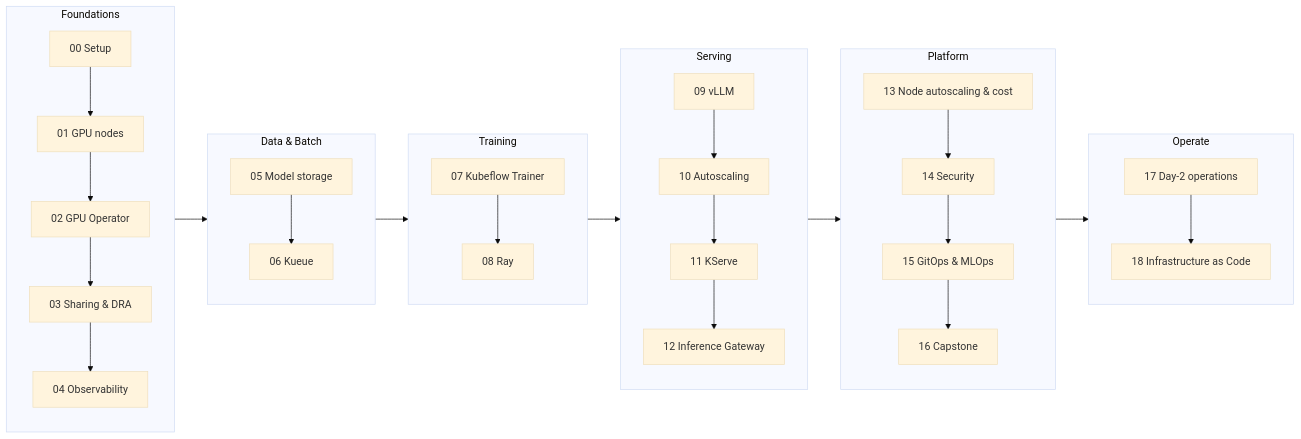
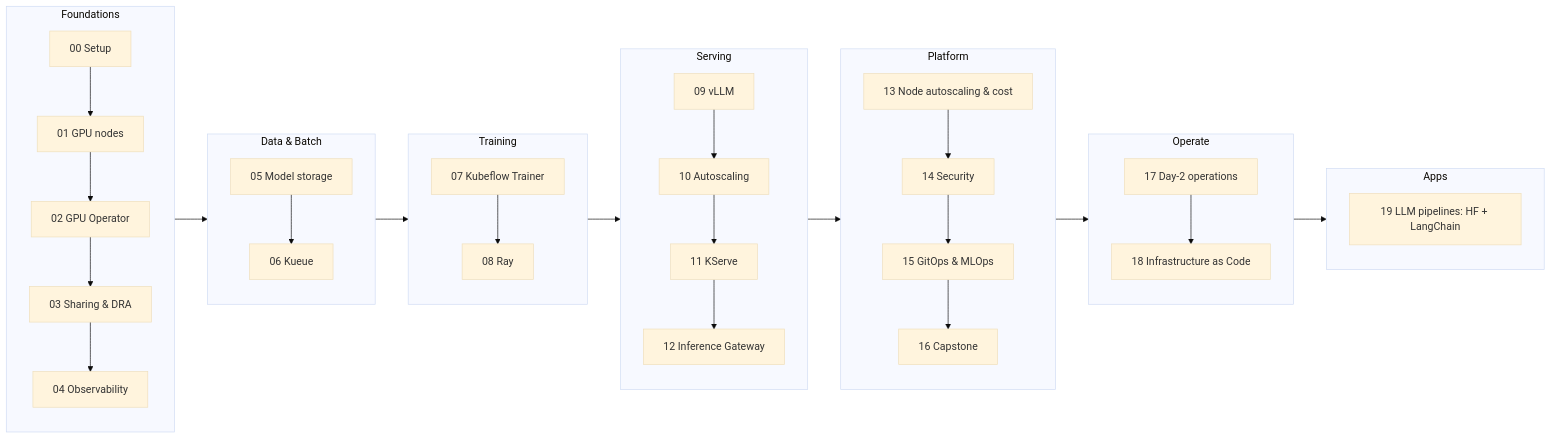
Before and after one commit to GitOpsHub/kubernetes-ai-infrastructure: the diagram in README.md, drawn with Mermaid (base theme). The commit also changed other lines of this file and 105 other files, not shown here.

First line of the commit message:
Add EKS and GKE configurations for chapter 19 LLM pipelines

````diff
--- a/README.md
+++ b/README.md
@@ -33,22 +35,25 @@
 ```mermaid
 flowchart LR
   subgraph F[Foundations]
     C00[00 Setup] --> C01[01 GPU nodes] --> C02[02 GPU Operator] --> C03[03 Sharing & DRA] --> C04[04 Observability]
   end
   subgraph D[Data & Batch]
     C05[05 Model storage] --> C06[06 Kueue]
   end
   subgraph T[Training]
     C07[07 Kubeflow Trainer] --> C08[08 Ray]
   end
   subgraph S[Serving]
     C09[09 vLLM] --> C10[10 Autoscaling] --> C11[11 KServe] --> C12[12 Inference Gateway]
   end
   subgraph P[Platform]
     C13[13 Node autoscaling & cost] --> C14[14 Security] --> C15[15 GitOps & MLOps] --> C16[16 Capstone]
   end
   subgraph O[Operate]
     C17[17 Day-2 operations] --> C18[18 Infrastructure as Code]
   end
-  F --> D --> T --> S --> P --> O
+  subgraph A[Apps]
+    C19[19 LLM pipelines: HF + LangChain]
+  end
+  F --> D --> T --> S --> P --> O --> A
 ```
````
